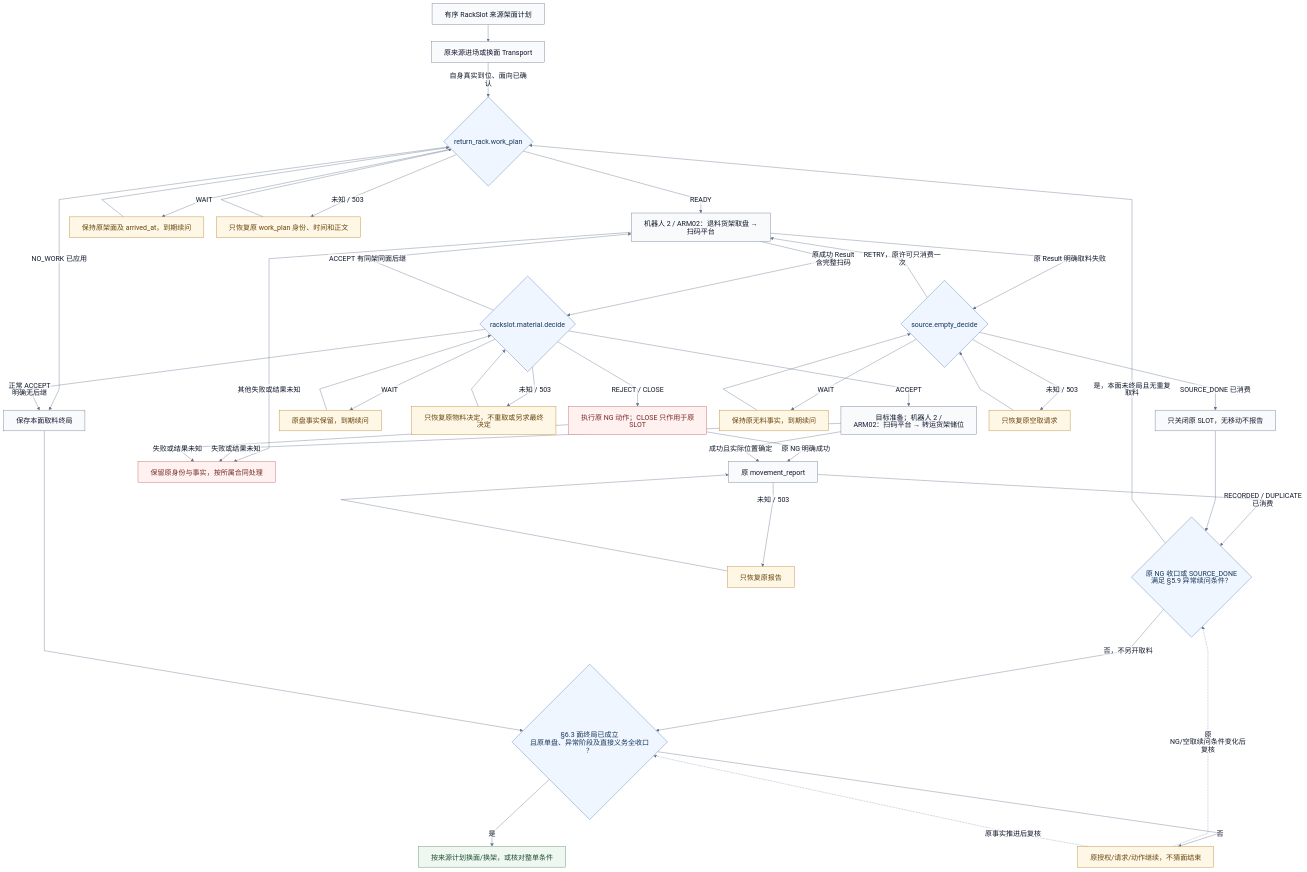
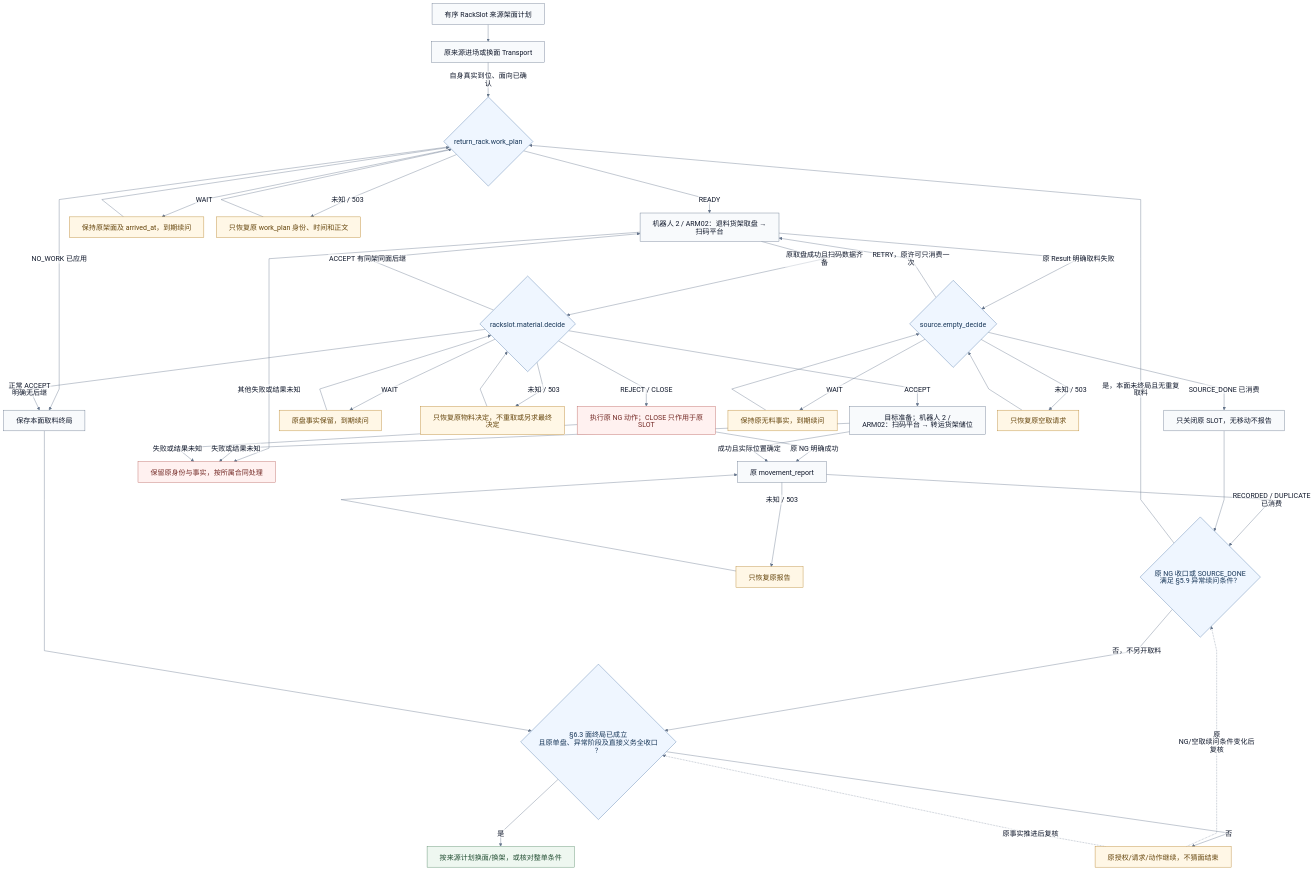
One commit to kaizhoumasha/maintenance-admin changed the third of 4 diagrams in docs/integrations/smt-auto-api.md. Above: the diagram before and after it, drawn with Mermaid. The commit also changed other lines of this file and 7 other files, not shown here.

````diff
--- a/docs/integrations/smt-auto-api.md
+++ b/docs/integrations/smt-auto-api.md
@@ -306,52 +306,52 @@
 ```mermaid
 %%{init: {"htmlLabels":false,"theme":"base","flowchart":{"htmlLabels":false,"padding":16,"nodeSpacing":32,"rankSpacing":44,"curve":"linear","wrappingWidth":320,"diagramPadding":20},"themeVariables":{"fontFamily":"sans-serif","fontSize":"18px","lineColor":"#64748b","edgeLabelBackground":"#ffffff","primaryColor":"#f8fafc","primaryTextColor":"#0f172a","primaryBorderColor":"#64748b"},"fontFamily":"sans-serif"}}%%
 flowchart TB
     R0["有序 RackSlot 来源架面计划"] --> R1["原来源进场或换面 Transport"]
     R1 -->|自身真实到位、面向已确认| R2{"return_rack.work_plan"}
     R2 -->|READY| R3["机器人 2 / ARM02：退料货架取盘 → 扫码平台"]
     R2 -->|WAIT| RW["保持原架面及 arrived_at，到期续问"]
     RW --> R2
     R2 -->|未知 / 503| RWP["只恢复原 work_plan 身份、时间和正文"]
     RWP --> R2
     R2 -->|NO_WORK 已应用| RT["保存本面取料终局"]
-    R3 -->|原成功 Result 含完整扫码| R4{"rackslot.material.decide"}
+    R3 -->|原取盘成功且扫码数据齐备| R4{"rackslot.material.decide"}
     R4 -->|ACCEPT| R5["目标准备；机器人 2 / ARM02：扫码平台 → 转运货架储位"]
     R4 -->|ACCEPT 有同架同面后继| R3
     R4 -->|正常 ACCEPT 明确无后继| RT
     R4 -->|WAIT| RDW["原盘事实保留，到期续问"]
     RDW --> R4
     R4 -->|未知 / 503| RMP["只恢复原物料决定，不重取或另求最终决定"]
     RMP --> R4
     R4 -->|REJECT / CLOSE| RNG["执行原 NG 动作；CLOSE 只作用于原 SLOT"]
     RNG -->|原 NG 明确成功| R6["原 movement_report"]
     R5 -->|成功且实际位置确定| R6
     R6 -->|RECORDED / DUPLICATE 已消费| RA{"原 NG 收口或 SOURCE_DONE<br/>满足 §5.9 异常续问条件？"}
     R6 -->|未知 / 503| RREP["只恢复原报告"]
     RREP --> R6
     R3 -->|原 Result 明确取料失败| RE{"source.empty_decide"}
     RE -->|WAIT| REW["保持原无料事实，到期续问"]
     REW --> RE
     RE -->|RETRY，原许可只消费一次| R3
     RE -->|SOURCE_DONE 已消费| RSD["只关闭原 SLOT，无移动不报告"]
     RSD --> RA
     RA -->|是，本面未终局且无重复取料| R2
     RA -->|否，不另开取料| RC{"§6.3 面终局已成立<br/>且原单盘、异常阶段及直接义务全收口？"}
     RT --> RC
     RC -->|是| R7["按来源计划换面/换架，或核对整单条件"]
     RC -->|否| RP["原授权/请求/动作继续，不猜面结束"]
     RP -.->|原 NG/空取续问条件变化后复核| RA
     RP -.->|原事实推进后复核| RC
     R3 -->|其他失败或结果未知| RU["保留原身份与事实，按所属合同处理"]
     R5 -->|失败或结果未知| RU
     RNG -->|失败或结果未知| RU
     RE -->|未知 / 503| REU["只恢复原空取请求"]
     REU --> RE
     classDef decision fill:#eff6ff,stroke:#4d76a8,color:#173658
     classDef waiting fill:#fff7e6,stroke:#b58127,color:#65450c
     classDef attention fill:#fff1f0,stroke:#b85d58,color:#742a26
     classDef done fill:#eef7f0,stroke:#508462,color:#214d31
     class R2,R4,RE,RA,RC decision
     class RW,RDW,REW,RP,RREP,REU,RWP,RMP waiting
     class RNG,RU attention
     class R7 done
 ```
````
